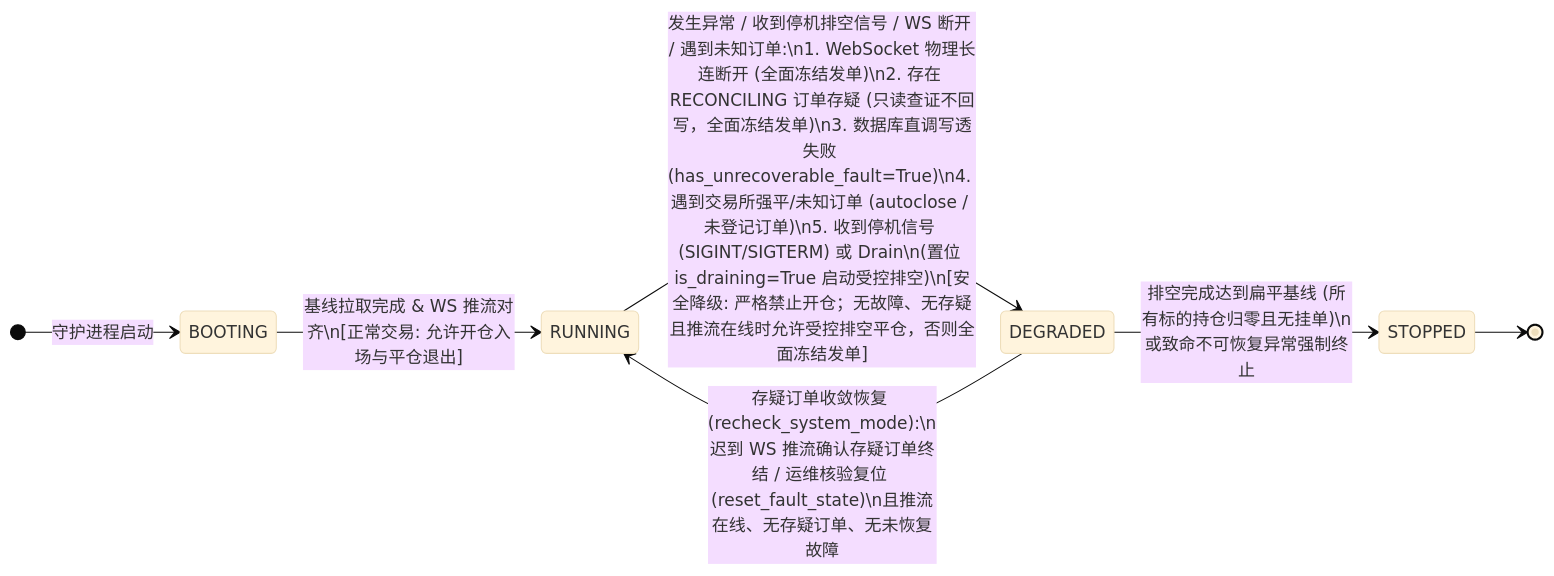
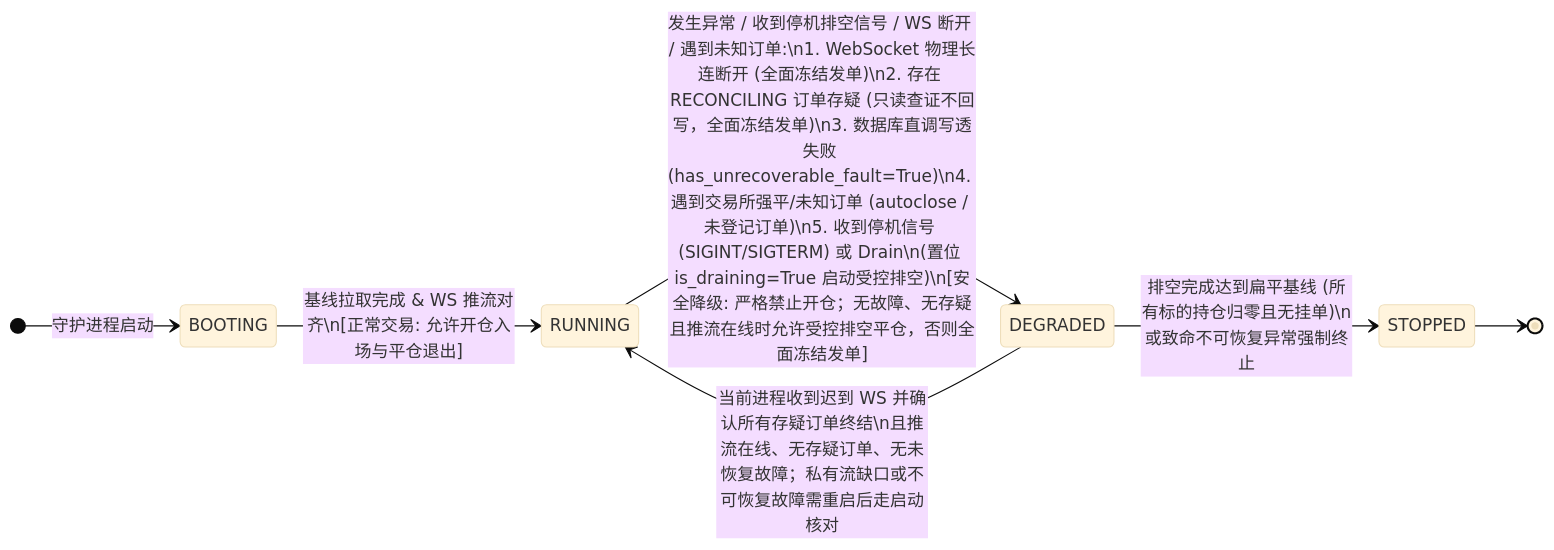
Before and after one commit to miracle-zs/crypto-momentum-lab: the first of 7 diagrams in docs/architecture/next_gen_architecture_proposal.md, drawn with Mermaid (base theme). The commit also changed other lines of this file and 29 other files, not shown here.

````diff
--- a/docs/architecture/next_gen_architecture_proposal.md
+++ b/docs/architecture/next_gen_architecture_proposal.md
@@ -29,16 +29,16 @@
 ```mermaid
 stateDiagram-v2
     direction LR
 
     [*] --> BOOTING: 守护进程启动
     
     BOOTING --> RUNNING: 基线拉取完成 & WS 推流对齐\n[正常交易: 允许开仓入场与平仓退出]
     
     RUNNING --> DEGRADED: 发生异常 / 收到停机排空信号 / WS 断开 / 遇到未知订单:\n1. WebSocket 物理长连断开 (全面冻结发单)\n2. 存在 RECONCILING 订单存疑 (只读查证不回写，全面冻结发单)\n3. 数据库直调写透失败 (has_unrecoverable_fault=True)\n4. 遇到交易所强平/未知订单 (autoclose / 未登记订单)\n5. 收到停机信号 (SIGINT/SIGTERM) 或 Drain\n(置位 is_draining=True 启动受控排空)\n[安全降级: 严格禁止开仓；无故障、无存疑且推流在线时允许受控排空平仓，否则全面冻结发单]
     
-    DEGRADED --> RUNNING: 存疑订单收敛恢复 (recheck_system_mode):\n迟到 WS 推流确认存疑订单终结 / 运维核验复位 (reset_fault_state)\n且推流在线、无存疑订单、无未恢复故障
+    DEGRADED --> RUNNING: 当前进程收到迟到 WS 并确认所有存疑订单终结\n且推流在线、无存疑订单、无未恢复故障；私有流缺口或不可恢复故障需重启后走启动核对
     
     DEGRADED --> STOPPED: 排空完成达到扁平基线 (所有标的持仓归零且无挂单)\n或致命不可恢复异常强制终止
     
     STOPPED --> [*]
 ```
````
